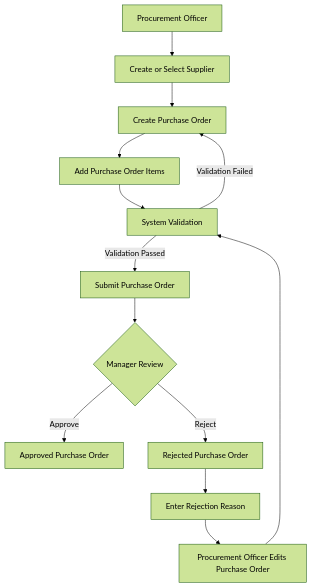
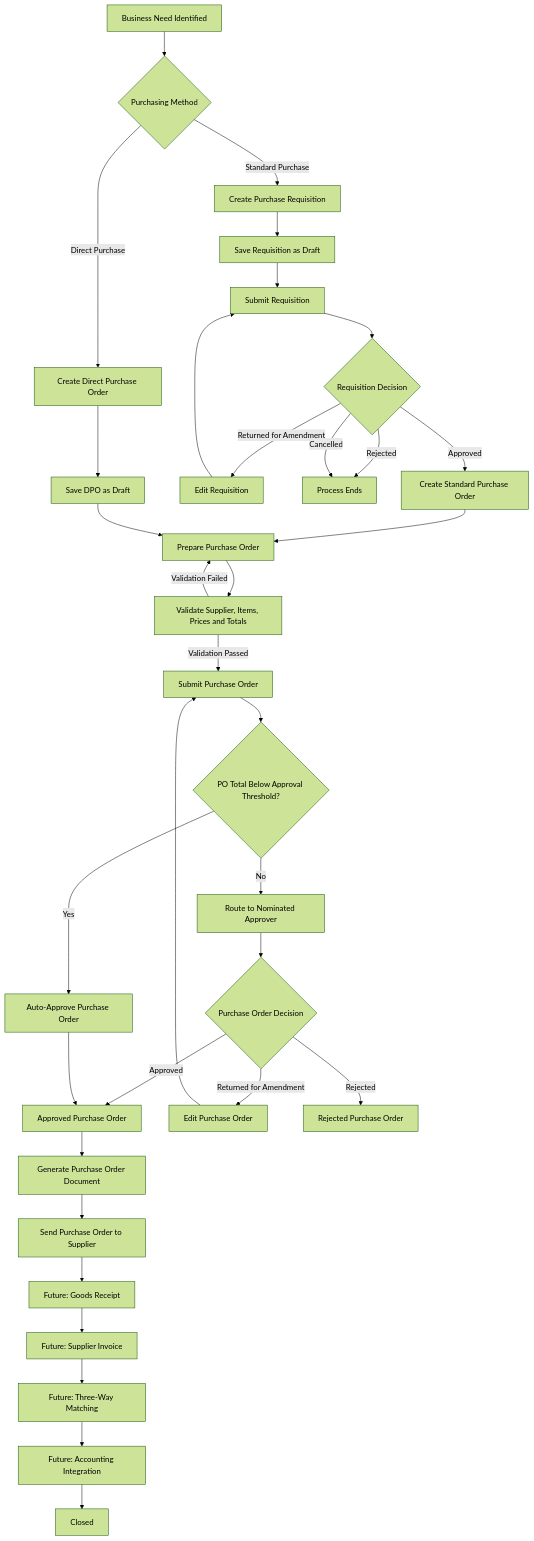
The diagram in docs/business/procurement-workflow.md (pranidhie/nexora), drawn with Mermaid (forest theme) before and after one commit. The commit also changed other lines of this file, not shown here.

Commit message:
docs: finalise procurement workflow and PO lifecycle

````diff
--- a/docs/business/procurement-workflow.md
+++ b/docs/business/procurement-workflow.md
@@ -9,15 +37,50 @@
 ```mermaid
 flowchart TD
-    A[Procurement Officer] --> B[Create or Select Supplier]
-    B --> C[Create Purchase Order]
-    C --> D[Add Purchase Order Items]
-    D --> E[System Validation]
-    E -->|Validation Failed| C
-    E -->|Validation Passed| F[Submit Purchase Order]
-    F --> G{Manager Review}
-    G -->|Approve| H[Approved Purchase Order]
-    G -->|Reject| I[Rejected Purchase Order]
-    I --> J[Enter Rejection Reason]
-    J --> K[Procurement Officer Edits Purchase Order]
-    K --> E
+    A[Business Need Identified]
+
+    A --> B{Purchasing Method}
+
+    B -->|Standard Purchase| C[Create Purchase Requisition]
+    B -->|Direct Purchase| D[Create Direct Purchase Order]
+
+    C --> E[Save Requisition as Draft]
+    E --> F[Submit Requisition]
+    F --> G{Requisition Decision}
+
+    G -->|Approved| H[Create Standard Purchase Order]
+    G -->|Returned for Amendment| I[Edit Requisition]
+    I --> F
+    G -->|Rejected| Z[Process Ends]
+    G -->|Cancelled| Z
+
+    D --> J[Save DPO as Draft]
+    H --> K[Prepare Purchase Order]
+    J --> K
+
+    K --> L[Validate Supplier, Items, Prices and Totals]
+    L -->|Validation Failed| K
+    L -->|Validation Passed| M[Submit Purchase Order]
+
+    M --> N{PO Total Below Approval Threshold?}
+
+    N -->|Yes| O[Auto-Approve Purchase Order]
+    N -->|No| P[Route to Nominated Approver]
+
+    P --> Q{Purchase Order Decision}
+
+    Q -->|Approved| R[Approved Purchase Order]
+    Q -->|Returned for Amendment| S[Edit Purchase Order]
+    S --> M
+    Q -->|Rejected| T[Rejected Purchase Order]
+
+    O --> R
+
+    R --> U[Generate Purchase Order Document]
+    U --> V[Send Purchase Order to Supplier]
+
+    V --> W[Future: Goods Receipt]
+    W --> X[Future: Supplier Invoice]
+    X --> Y[Future: Three-Way Matching]
+    Y --> AA[Future: Accounting Integration]
+    AA --> AB[Closed]
 ```
````
